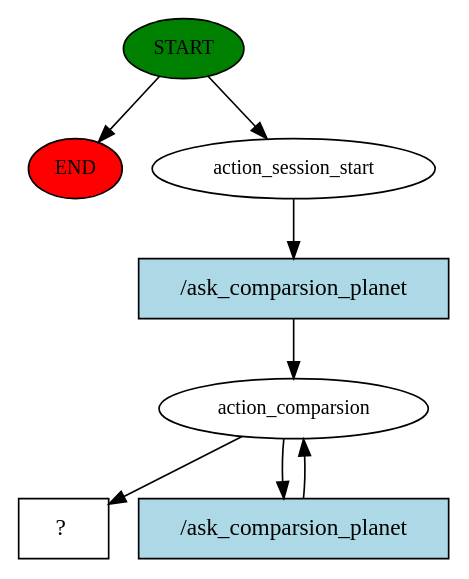
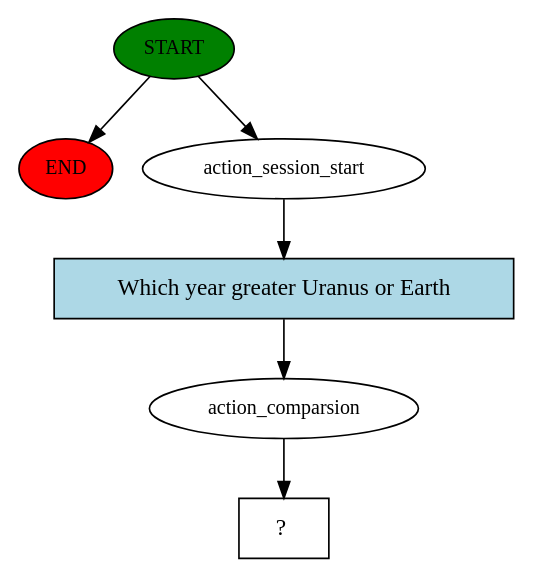
Before and after one commit to Dashavod/devtorium_bot: the diagram in story_graph.dot, drawn with Graphviz. The commit also changed 11 other files, not shown here.

```diff
--- a/story_graph.dot
+++ b/story_graph.dot
@@ -1,16 +1,13 @@
 digraph  {
 0 [class="start active", fillcolor=green, fontsize=12, label=START, style=filled];
 "-1" [class=end, fillcolor=red, fontsize=12, label=END, style=filled];
 1 [class=active, fontsize=12, label=action_session_start];
 2 [class=active, fontsize=12, label=action_comparsion];
-4 [class="intent dashed active", label="  ?  ", shape=rect];
-5 [class="intent active", fillcolor=lightblue, label="/ask_comparsion_planet", shape=rect, style=filled];
-6 [class="intent active", fillcolor=lightblue, label="/ask_comparsion_planet", shape=rect, style=filled];
+3 [class="intent dashed active", label="  ?  ", shape=rect];
+4 [class="intent active", fillcolor=lightblue, label="Which year greater Uranus or Earth", shape=rect, style=filled];
 0 -> "-1"  [class="", key=NONE, label=""];
 0 -> 1  [class=active, key=NONE, label=""];
-1 -> 5  [class=active, key=0];
-2 -> 4  [class=active, key=NONE, label=""];
-2 -> 6  [class=active, key=0];
-5 -> 2  [class=active, key=0];
-6 -> 2  [class=active, key=0];
+1 -> 4  [class=active, key=0];
+2 -> 3  [class=active, key=NONE, label=""];
+4 -> 2  [class=active, key=0];
 }
```
